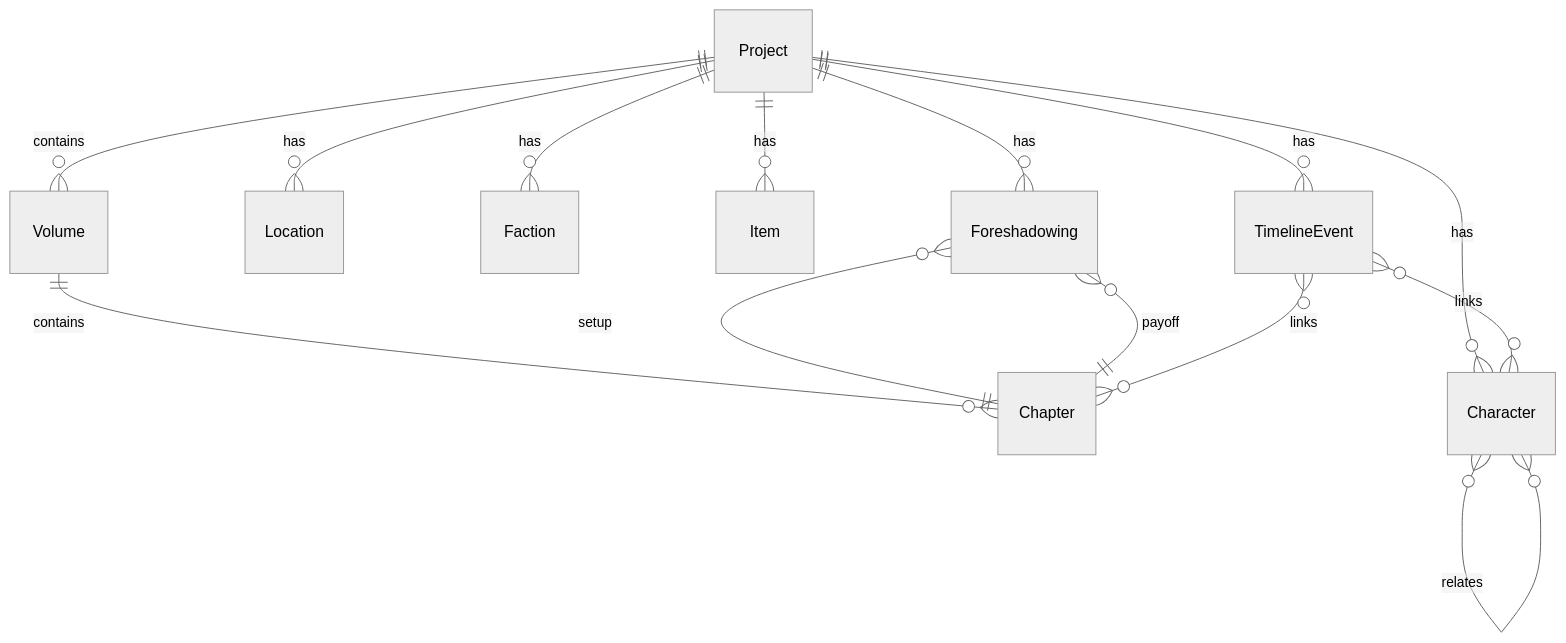
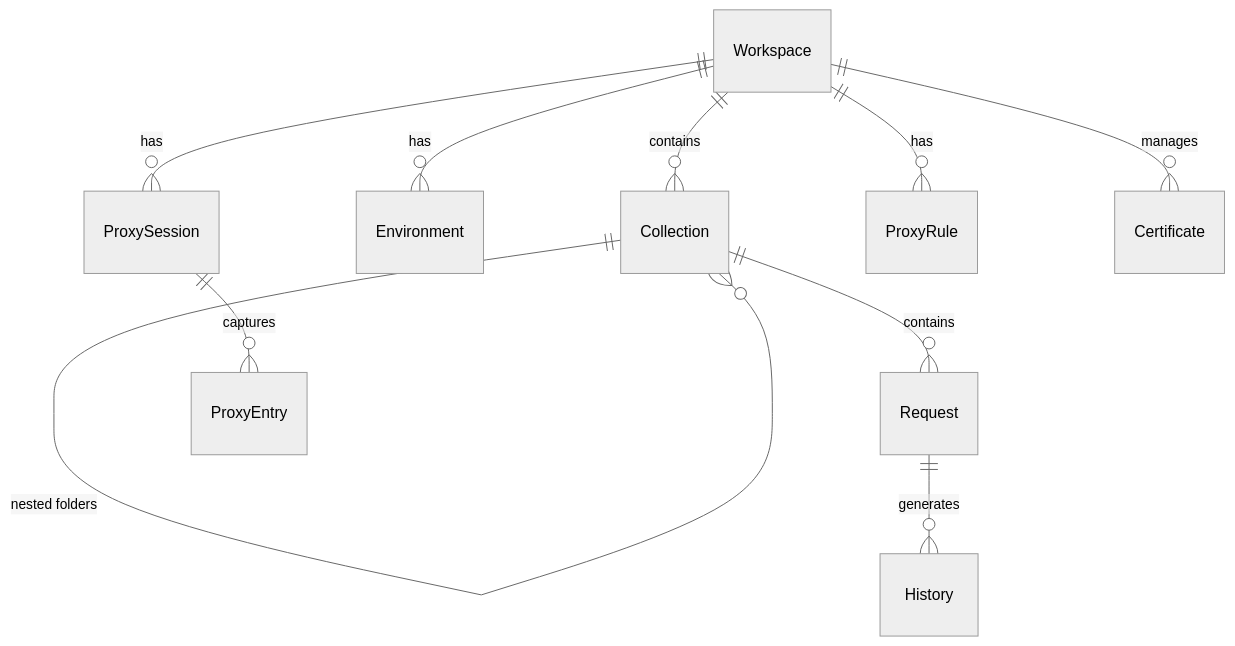
Before and after one commit to gsxhnd/Thread: the second of 2 diagrams in docs/00.overview.md, drawn with Mermaid (neutral theme). The commit also changed other lines of this file and 164 other files, not shown here.

````diff
--- a/docs/00.overview.md
+++ b/docs/00.overview.md
@@ -93,16 +120,12 @@
 ```mermaid
 erDiagram
-    Project ||--o{ Volume : contains
-    Volume ||--o{ Chapter : contains
-    Project ||--o{ Character : has
-    Project ||--o{ Location : has
-    Project ||--o{ Faction : has
-    Project ||--o{ Item : has
-    Project ||--o{ TimelineEvent : has
-    Project ||--o{ Foreshadowing : has
-    Character }o--o{ Character : relates
-    Foreshadowing }o--|| Chapter : setup
-    Foreshadowing }o--|| Chapter : payoff
-    TimelineEvent }o--o{ Chapter : links
-    TimelineEvent }o--o{ Character : links
+    Workspace ||--o{ Collection : contains
+    Workspace ||--o{ Environment : has
+    Workspace ||--o{ ProxySession : has
+    Collection ||--o{ Collection : "nested folders"
+    Collection ||--o{ Request : contains
+    Request ||--o{ History : generates
+    ProxySession ||--o{ ProxyEntry : captures
+    Workspace ||--o{ ProxyRule : has
+    Workspace ||--o{ Certificate : manages
 ```
````
